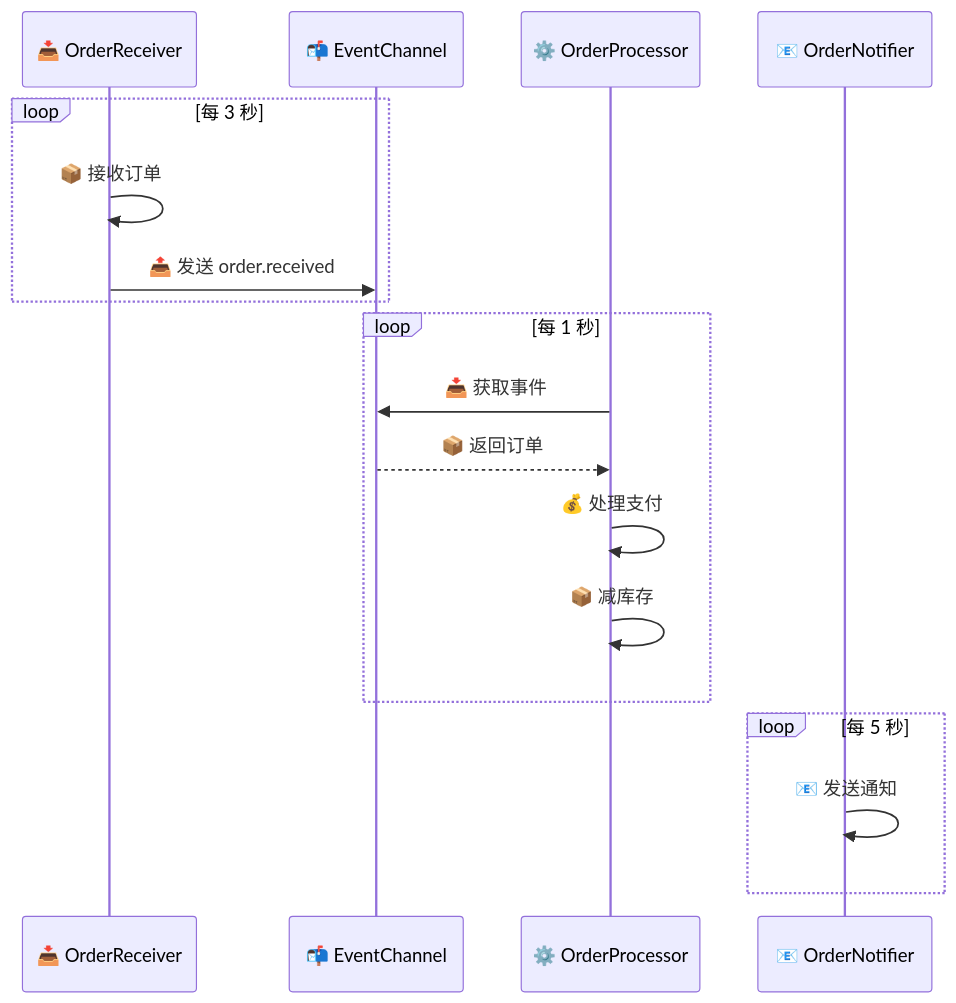
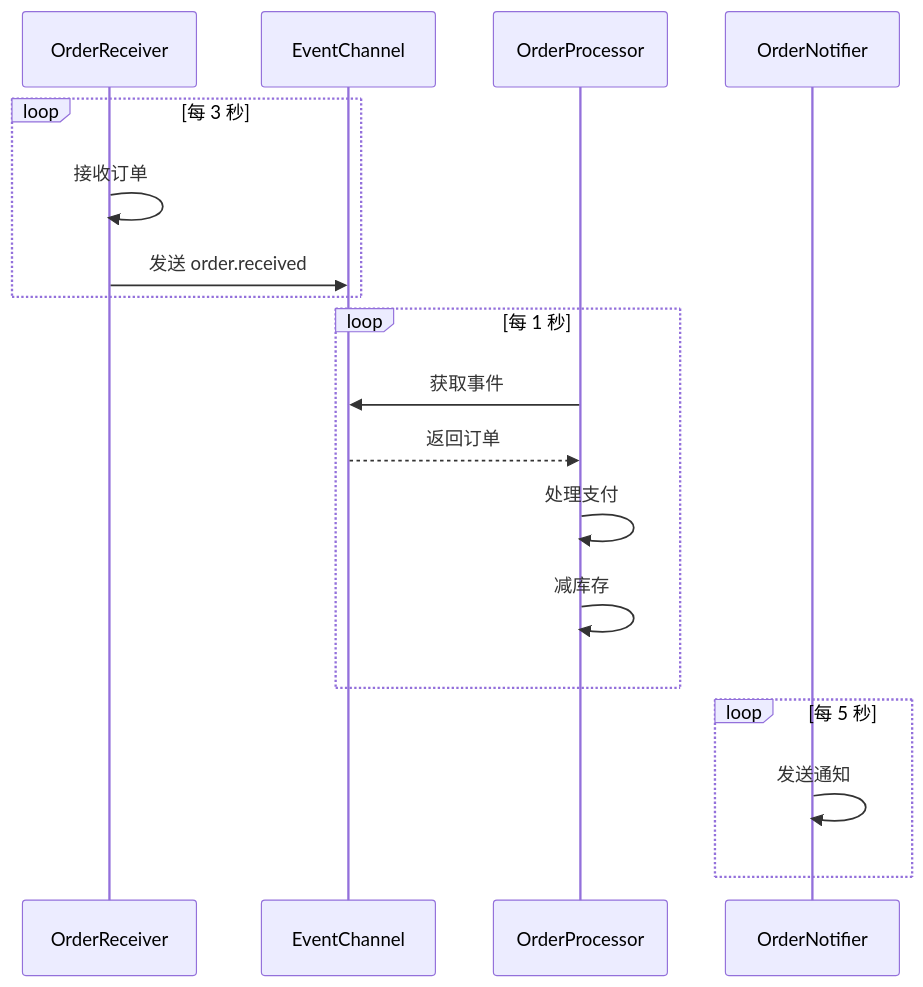
One commit to YearsAlso/zoo-framework-doc changed the second of 2 diagrams in docs/start/new.md. Above: the diagram before and after it, drawn with Mermaid. The commit also changed other lines of this file and 24 other files, not shown here.

First line of the commit message:
docs(site): 站点正式化与内容严肃化，附 bench 报告截图

````diff
--- a/docs/start/new.md
+++ b/docs/start/new.md
@@ -317,23 +317,23 @@
 ```mermaid
 sequenceDiagram
-    participant R as 📥 OrderReceiver
-    participant C as 📬 EventChannel
-    participant P as ⚙️ OrderProcessor
-    participant N as 📧 OrderNotifier
+    participant R as  OrderReceiver
+    participant C as  EventChannel
+    participant P as  OrderProcessor
+    participant N as  OrderNotifier
     
     loop 每 3 秒
-        R->>R: 📦 接收订单
-        R->>C: 📤 发送 order.received
+        R->>R:  接收订单
+        R->>C:  发送 order.received
     end
     
     loop 每 1 秒
-        P->>C: 📥 获取事件
-        C-->>P: 📦 返回订单
-        P->>P: 💰 处理支付
-        P->>P: 📦 减库存
+        P->>C:  获取事件
+        C-->>P:  返回订单
+        P->>P:  处理支付
+        P->>P:  减库存
     end
     
     loop 每 5 秒
-        N->>N: 📧 发送通知
+        N->>N:  发送通知
     end
 ```
````
